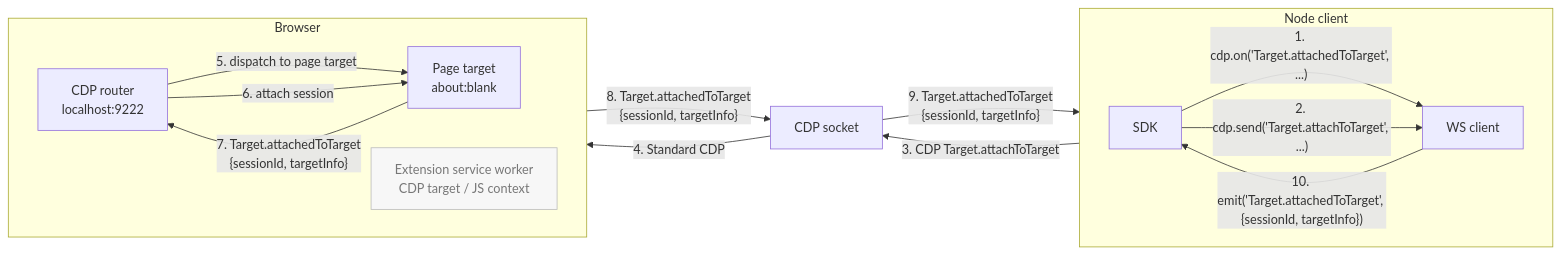
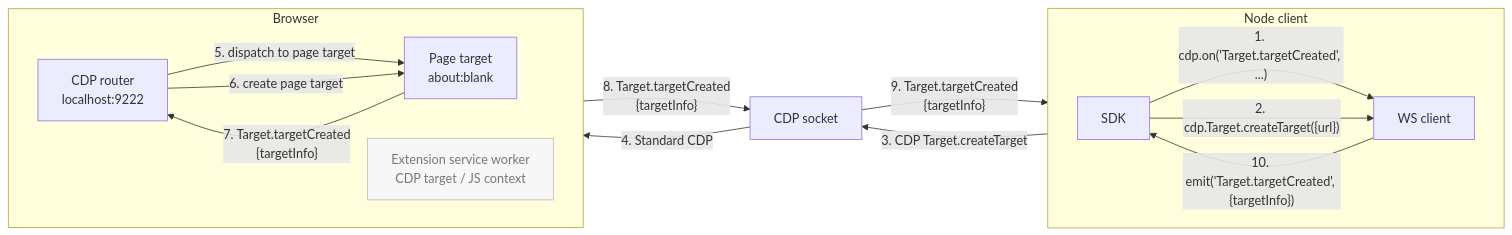
Before and after one commit to pirate/chrome-cdp-extension-bridge: the second of 4 diagrams in README.md, drawn with Mermaid. The commit also changed other lines of this file and 101 other files, not shown here.

````diff
--- a/README.md
+++ b/README.md
@@ -267,31 +267,31 @@
 ```mermaid
 flowchart LR
   subgraph Node["Node client"]
     direction LR
     SDK["SDK"]
     WS["WS client"]
-    SDK -->|"1. cdp.on('Target.attachedToTarget', ...)"| WS
-    SDK -->|"2. cdp.send('Target.attachToTarget', ...)"| WS
+    SDK -->|"1. cdp.on('Target.targetCreated', ...)"| WS
+    SDK -->|"2. cdp.Target.createTarget({url})"| WS
   end
 
   subgraph Browser["Browser"]
     direction LR
     CDP["CDP router<br/>localhost:9222"]
     SW["Extension service worker<br/>CDP target / JS context"]
     Page["Page target<br/>about:blank"]
     CDP -->|"5. dispatch to page target"| Page
   end
 
   Socket["CDP socket"]
 
-  WS -->|"3. CDP Target.attachToTarget"| Socket
+  WS -->|"3. CDP Target.createTarget"| Socket
   Socket -->|"4. Standard CDP"| CDP
-  CDP -->|"6. attach session"| Page
-  Page -->|"7. Target.attachedToTarget<br/>{sessionId, targetInfo}"| CDP
-  CDP -->|"8. Target.attachedToTarget<br/>{sessionId, targetInfo}"| Socket
-  Socket -->|"9. Target.attachedToTarget<br/>{sessionId, targetInfo}"| WS
-  WS -->|"10. emit('Target.attachedToTarget', {sessionId, targetInfo})"| SDK
+  CDP -->|"6. create page target"| Page
+  Page -->|"7. Target.targetCreated<br/>{targetInfo}"| CDP
+  CDP -->|"8. Target.targetCreated<br/>{targetInfo}"| Socket
+  Socket -->|"9. Target.targetCreated<br/>{targetInfo}"| WS
+  WS -->|"10. emit('Target.targetCreated', {targetInfo})"| SDK
 
   classDef idle fill:#f7f7f7,stroke:#bbb,color:#777;
   class SW idle;
 ```
````
